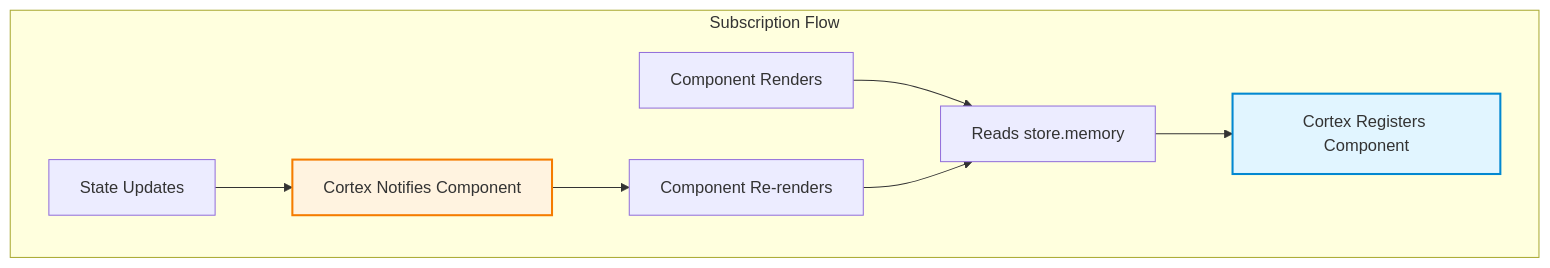
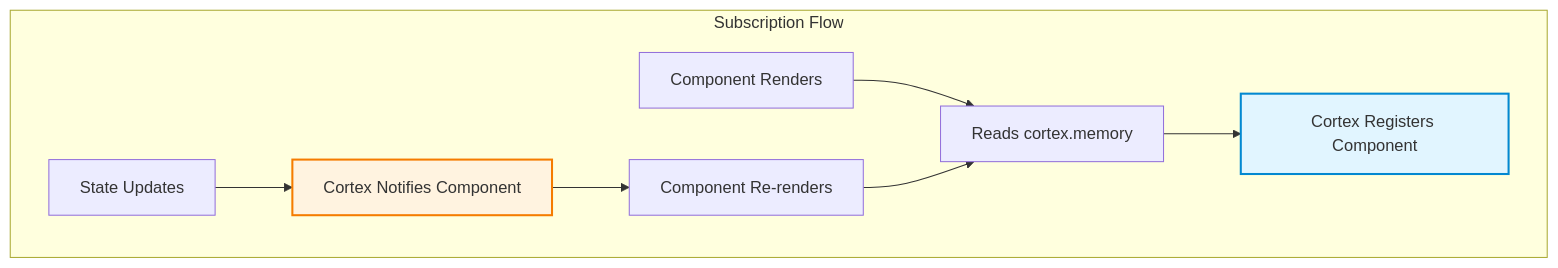
One commit to KeeghanM/humn changed the third of 4 diagrams in docs/internals/cortex-deep-dive.md. Above: the diagram before and after it, drawn with Mermaid. The commit also changed other lines of this file and 18 other files, not shown here.

First line of the commit message:
refactor: rename Store/store to Cortex/cortex globally

````diff
--- a/docs/internals/cortex-deep-dive.md
+++ b/docs/internals/cortex-deep-dive.md
@@ -145,20 +145,20 @@
 ```mermaid
 graph TB
     subgraph "Subscription Flow"
         A["Component Renders"]
-        B["Reads store.memory"]
+        B["Reads cortex.memory"]
         C["Cortex Registers Component"]
         D["State Updates"]
         E["Cortex Notifies Component"]
         F["Component Re-renders"]
 
         A --> B
         B --> C
         D --> E
         E --> F
         F --> B
     end
 
     style C fill:#e1f5ff,stroke:#0288d1,stroke-width:2px
     style E fill:#fff3e0,stroke:#f57c00,stroke-width:2px
 ```
````
